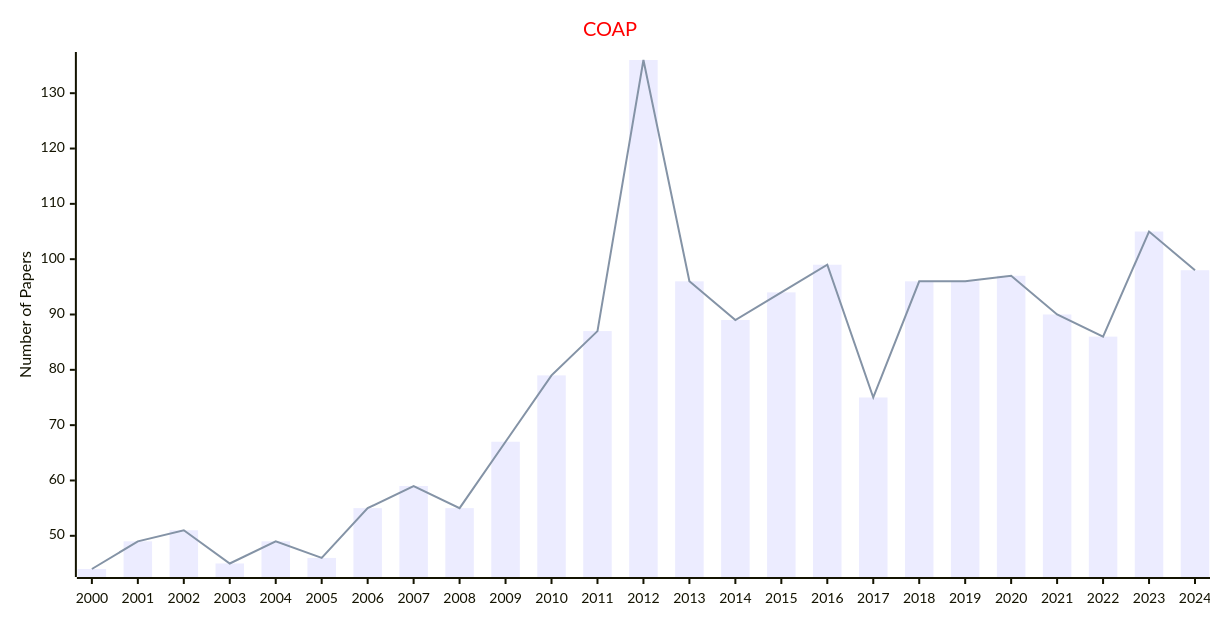
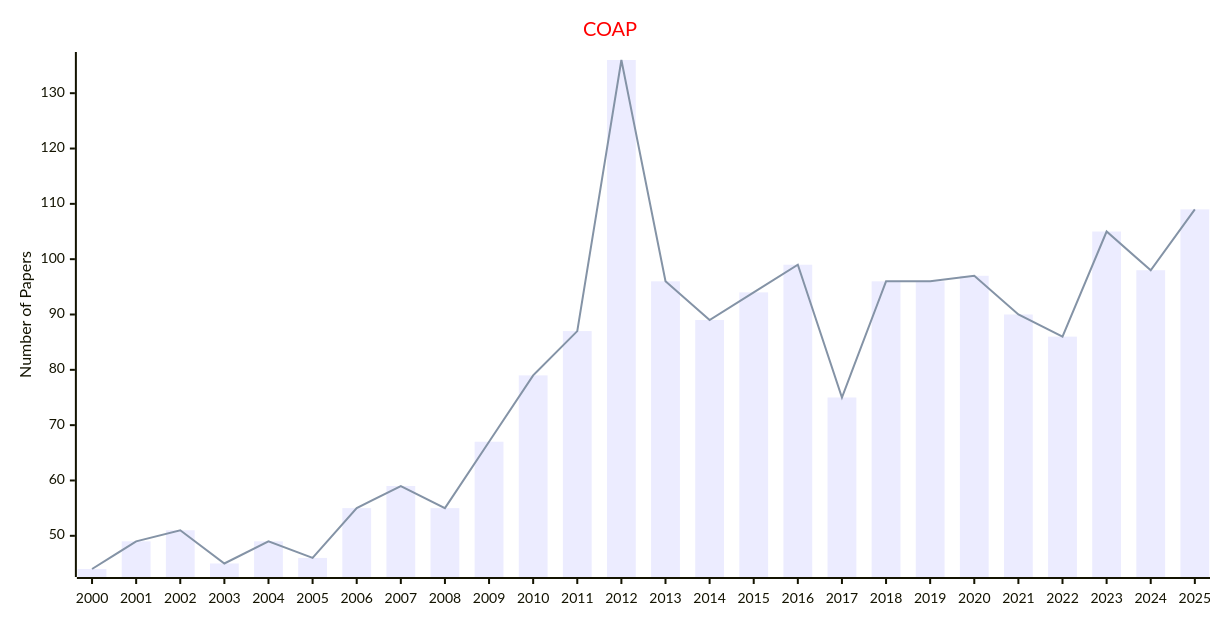
One commit to Easy-PhD/AILinks changed the fifth of 11 diagrams in docs/data/Journals/Statistics_Journals/Optimization.md. Above: the diagram before and after it, drawn with Mermaid. The commit also changed other lines of this file and 107 other files, not shown here.

````diff
--- a/docs/data/Journals/Statistics_Journals/Optimization.md
+++ b/docs/data/Journals/Statistics_Journals/Optimization.md
@@ -105,17 +105,17 @@
 ```mermaid
 ---
 config:
     xyChart:
         width: 1200
         height: 600
     themeVariables:
         xyChart:
             titleColor: "#ff0000"
 ---
 xychart-beta
     title "COAP"
-    x-axis [2000, 2001, 2002, 2003, 2004, 2005, 2006, 2007, 2008, 2009, 2010, 2011, 2012, 2013, 2014, 2015, 2016, 2017, 2018, 2019, 2020, 2021, 2022, 2023, 2024]
+    x-axis [2000, 2001, 2002, 2003, 2004, 2005, 2006, 2007, 2008, 2009, 2010, 2011, 2012, 2013, 2014, 2015, 2016, 2017, 2018, 2019, 2020, 2021, 2022, 2023, 2024, 2025]
     y-axis "Number of Papers"
-    bar [44, 49, 51, 45, 49, 46, 55, 59, 55, 67, 79, 87, 136, 96, 89, 94, 99, 75, 96, 96, 97, 90, 86, 105, 98]
-    line [44, 49, 51, 45, 49, 46, 55, 59, 55, 67, 79, 87, 136, 96, 89, 94, 99, 75, 96, 96, 97, 90, 86, 105, 98]
+    bar [44, 49, 51, 45, 49, 46, 55, 59, 55, 67, 79, 87, 136, 96, 89, 94, 99, 75, 96, 96, 97, 90, 86, 105, 98, 109]
+    line [44, 49, 51, 45, 49, 46, 55, 59, 55, 67, 79, 87, 136, 96, 89, 94, 99, 75, 96, 96, 97, 90, 86, 105, 98, 109]
 ```
````
